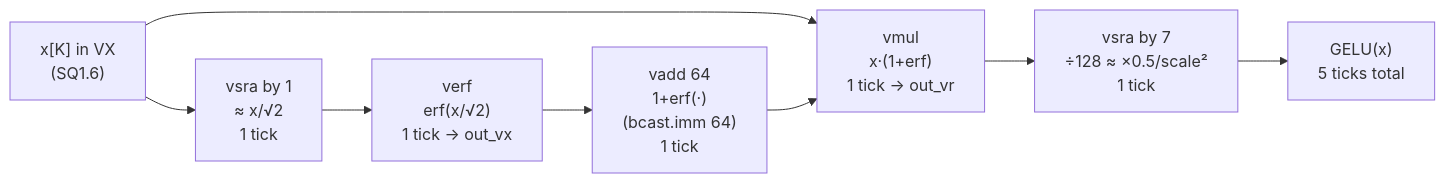
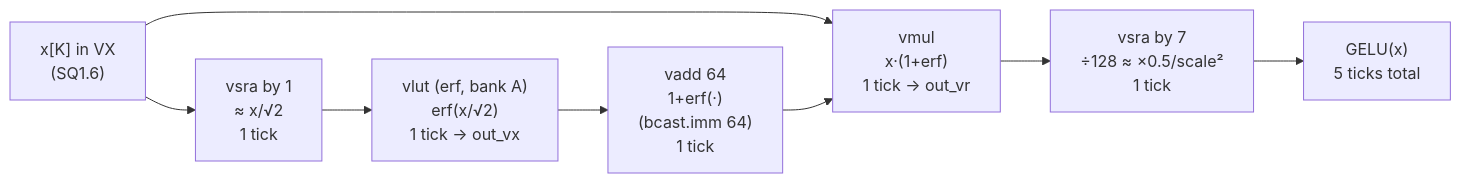
One commit to mpskex/chisel-npu changed the third of 3 diagrams in docs/designs/01.isa.md. Above: the diagram before and after it, drawn with Mermaid. The commit also changed other lines of this file and 3 other files, not shown here.

````diff
--- a/docs/designs/01.isa.md
+++ b/docs/designs/01.isa.md
@@ -438,11 +466,11 @@
 ```mermaid
 flowchart LR
     X["x[K] in VX\n(SQ1.6)"]
     X --> A["vsra by 1\n≈ x/√2\n1 tick"]
-    A --> B["verf\nerf(x/√2)\n1 tick → out_vx"]
+    A --> B["vlut (erf, bank A)\nerf(x/√2)\n1 tick → out_vx"]
     B --> C["vadd 64\n1+erf(·)\n(bcast.imm 64)\n1 tick"]
     X --> D["vmul\nx·(1+erf)\n1 tick → out_vr"]
     C --> D
     D --> E["vsra by 7\n÷128 ≈ ×0.5/scale²\n1 tick"]
     E --> F["GELU(x)\n5 ticks total"]
 ```
````
